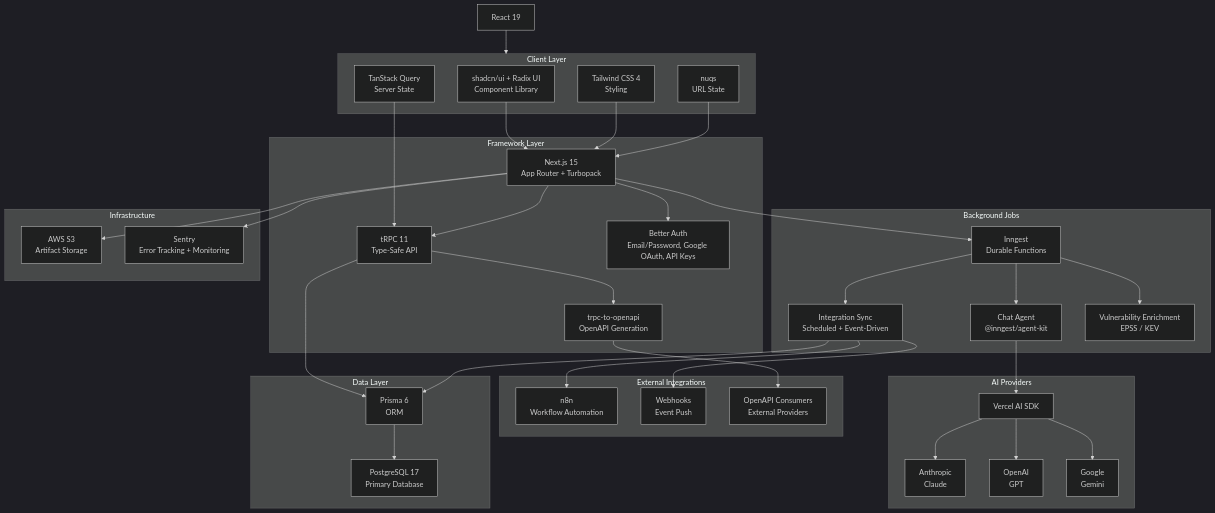
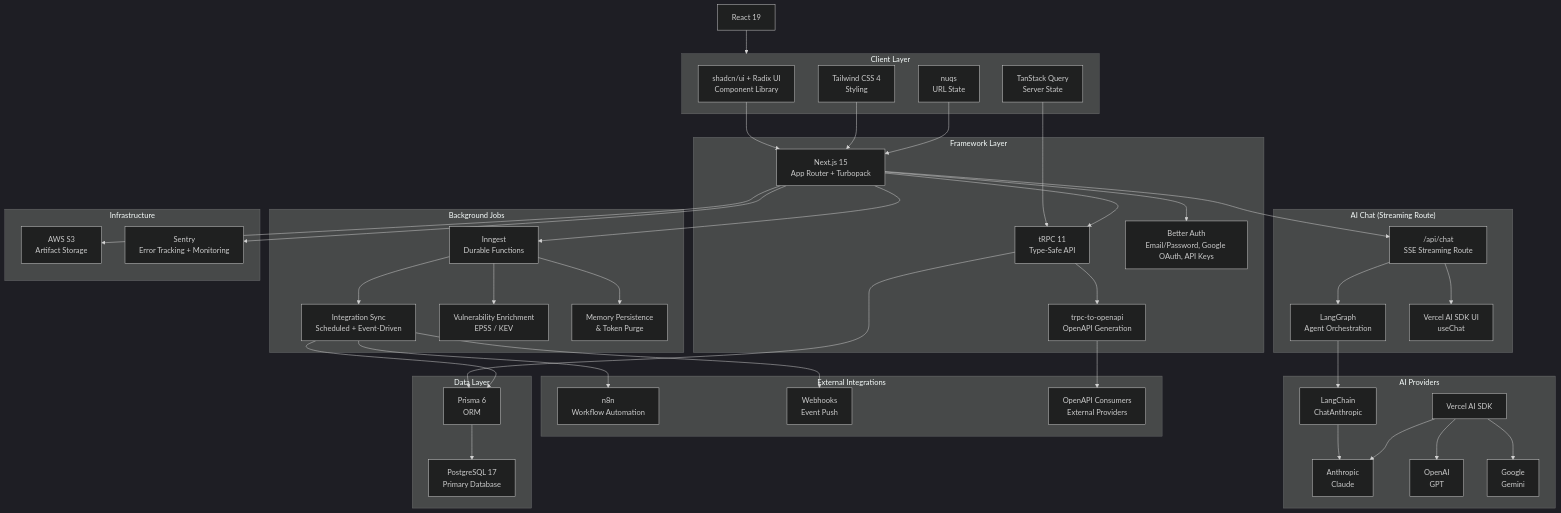
The first of 2 diagrams in docs/tech-stack.md (PATCH-UPGRADE/viper), drawn with Mermaid (dark theme) before and after one commit. The commit also changed other lines of this file and 12 other files, not shown here.

```diff
--- a/docs/tech-stack.md
+++ b/docs/tech-stack.md
@@ -20,12 +20,19 @@
 
     subgraph background ["Background Jobs"]
         Inngest["Inngest<br/>Durable Functions"]
-        ChatAgent["Chat Agent<br/>@inngest/agent-kit"]
         IntegrationSync["Integration Sync<br/>Scheduled + Event-Driven"]
         VulnEnrich["Vulnerability Enrichment<br/>EPSS / KEV"]
+        Memory["Memory Persistence<br/>& Token Purge"]
+    end
+
+    subgraph aichat ["AI Chat (Streaming Route)"]
+        ChatRoute["/api/chat<br/>SSE Streaming Route"]
+        LangGraph["LangGraph<br/>Agent Orchestration"]
+        AISDKUI["Vercel AI SDK UI<br/>useChat"]
     end
 
     subgraph ai ["AI Providers"]
+        LangChain["LangChain<br/>ChatAnthropic"]
         VercelAI["Vercel AI SDK"]
         Anthropic["Anthropic<br/>Claude"]
         OpenAIProvider["OpenAI<br/>GPT"]
@@ -62,10 +69,16 @@
     OpenAPI --> ExternalAPI
 
     NextJS --> Inngest
-    Inngest --> ChatAgent
     Inngest --> IntegrationSync
     Inngest --> VulnEnrich
-    ChatAgent --> VercelAI
+    Inngest --> Memory
+
+    NextJS --> ChatRoute
+    ChatRoute --> LangGraph
+    ChatRoute --> AISDKUI
+    LangGraph --> LangChain
+    LangChain --> Anthropic
+
     VercelAI --> Anthropic
     VercelAI --> OpenAIProvider
     VercelAI --> Google
```
